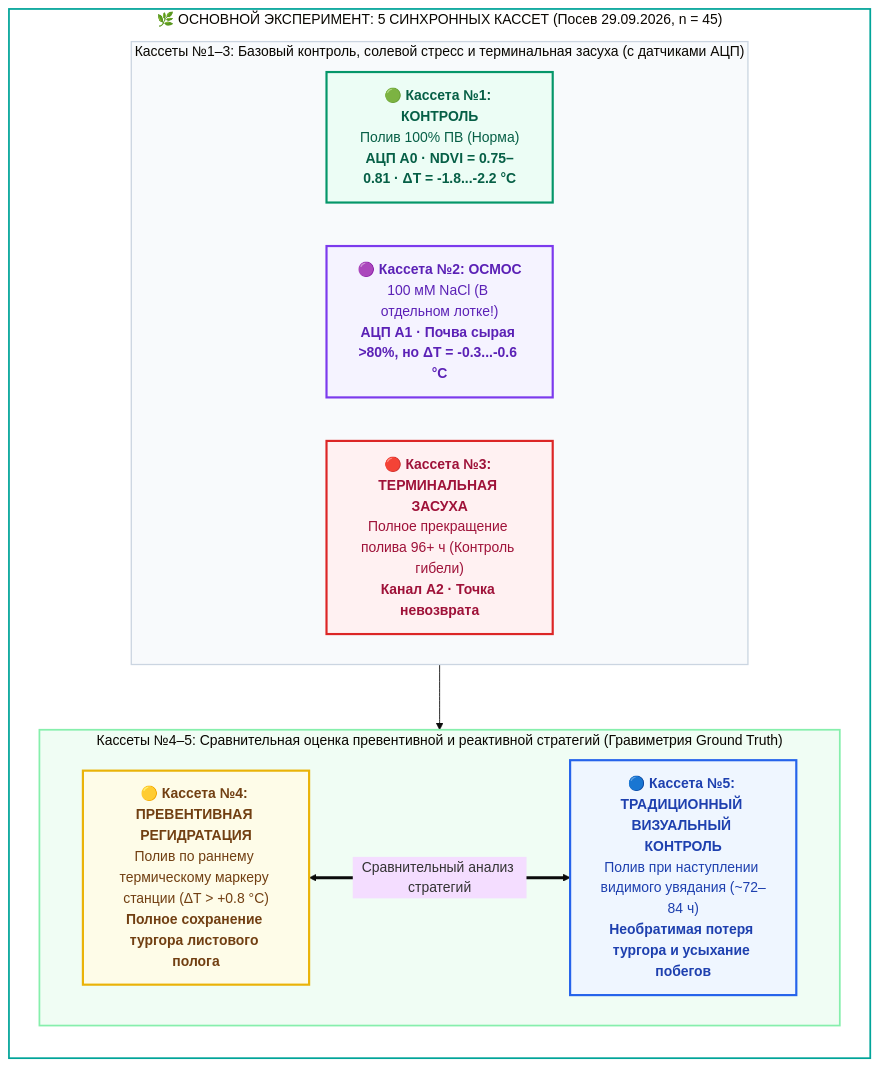
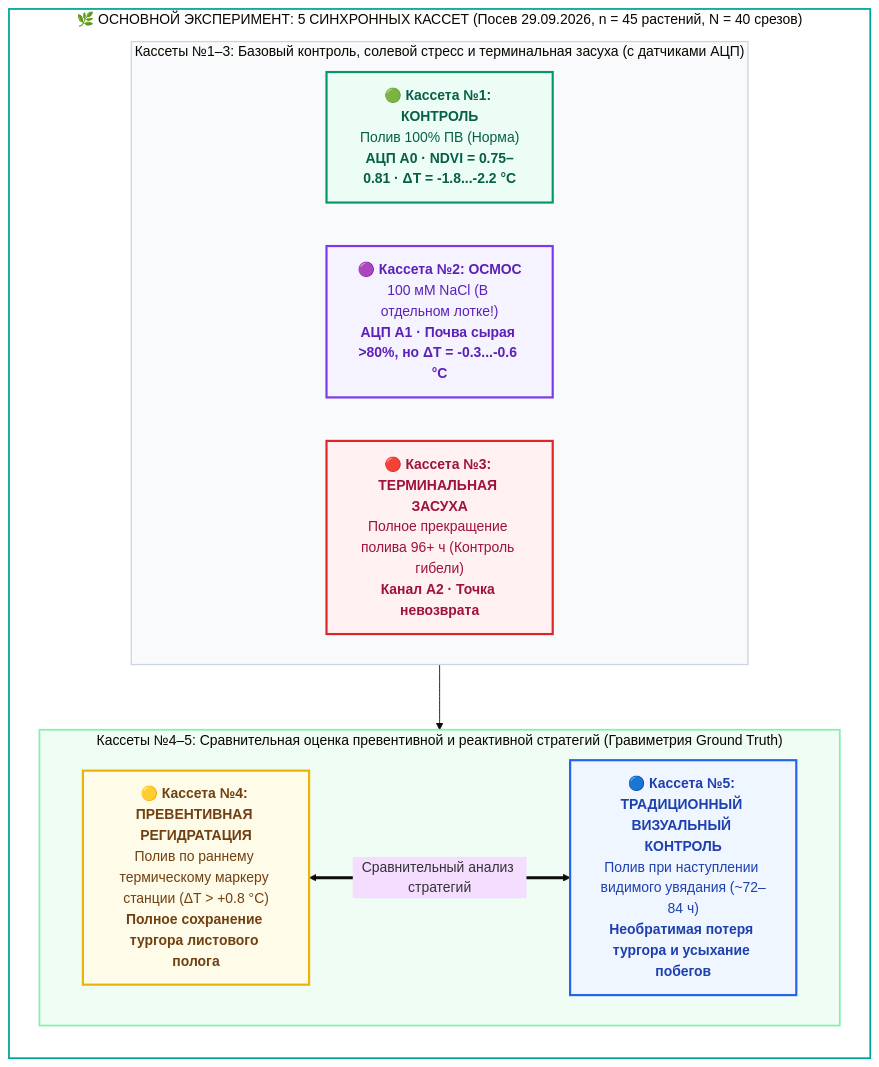
The diagram in README.md (ezicvtumane/plant-stress-ndvi), drawn with Mermaid (base theme) before and after one commit. The commit also changed other lines of this file and 2 other files, not shown here.

````diff
--- a/README.md
+++ b/README.md
@@ -241,33 +245,33 @@
 ```mermaid
 flowchart TD
 
-    subgraph S5["🌿 ОСНОВНОЙ ЭКСПЕРИМЕНТ: 5 СИНХРОННЫХ КАССЕТ (Посев 29.09.2026, n = 45)"]
+    subgraph S5["🌿 ОСНОВНОЙ ЭКСПЕРИМЕНТ: 5 СИНХРОННЫХ КАССЕТ (Посев 29.09.2026, n = 45 растений, N = 40 срезов)"]
         direction TB
         
         subgraph Row1["Кассеты №1–3: Базовый контроль, солевой стресс и терминальная засуха (с датчиками АЦП)"]
             direction LR
             C1["🟢 <b>Кассета №1: КОНТРОЛЬ</b><br/>Полив 100% ПВ (Норма)<br/><b>АЦП A0 · NDVI = 0.75–0.81 · ΔT = -1.8...-2.2 °C</b>"]
             C2["🟣 <b>Кассета №2: ОСМОС</b><br/>100 мМ NaCl (В отдельном лотке!)<br/><b>АЦП A1 · Почва сырая >80%, но ΔT = -0.3...-0.6 °C</b>"]
             C3["🔴 <b>Кассета №3: ТЕРМИНАЛЬНАЯ ЗАСУХА</b><br/>Полное прекращение полива 96+ ч (Контроль гибели)<br/><b>Канал А2 · Точка невозврата</b>"]
         end
 
         subgraph Row2["Кассеты №4–5: Сравнительная оценка превентивной и реактивной стратегий (Гравиметрия Ground Truth)"]
             direction LR
             C4["🟡 <b>Кассета №4: ПРЕВЕНТИВНАЯ РЕГИДРАТАЦИЯ</b><br/>Полив по раннему термическому маркеру станции (ΔT > +0.8 °C)<br/><b>Полное сохранение тургора листового полога</b>"]
             C5["🔵 <b>Кассета №5: ТРАДИЦИОННЫЙ ВИЗУАЛЬНЫЙ КОНТРОЛЬ</b><br/>Полив при наступлении видимого увядания (~72–84 ч)<br/><b>Необратимая потеря тургора и усыхание побегов</b>"]
             C4 <==>|"Сравнительный анализ стратегий"| C5
         end
         
         Row1 --> Row2
     end
 
 
     style C1 fill:#ecfdf5,stroke:#059669,stroke-width:2.5px,color:#065f46
     style C2 fill:#f5f3ff,stroke:#7c3aed,stroke-width:2.5px,color:#5b21b6
     style C3 fill:#fff1f2,stroke:#dc2626,stroke-width:2.5px,color:#9f1239
     style C4 fill:#fefce8,stroke:#eab308,stroke-width:2.5px,color:#713f12
     style C5 fill:#eff6ff,stroke:#2563eb,stroke-width:2.5px,color:#1e40af
     style S5 fill:#ffffff,stroke:#00a499,stroke-width:2px
     style Row1 fill:#f8fafc,stroke:#cbd5e1,stroke-width:1.5px
     style Row2 fill:#f0fdf4,stroke:#86efac,stroke-width:2px
 ```
````
